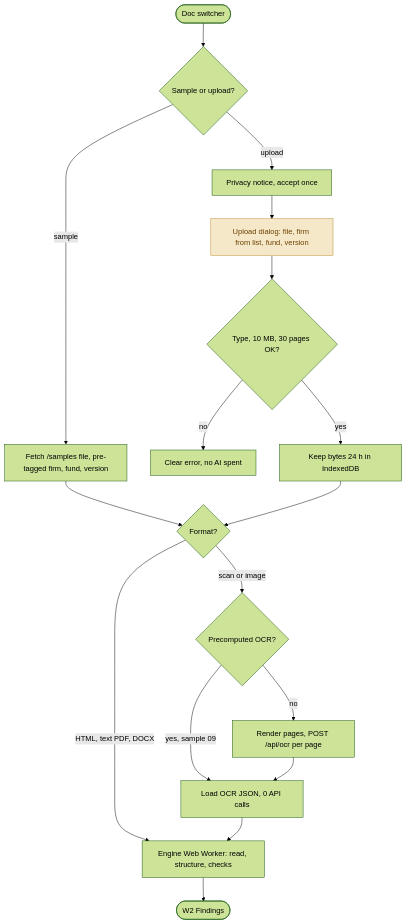
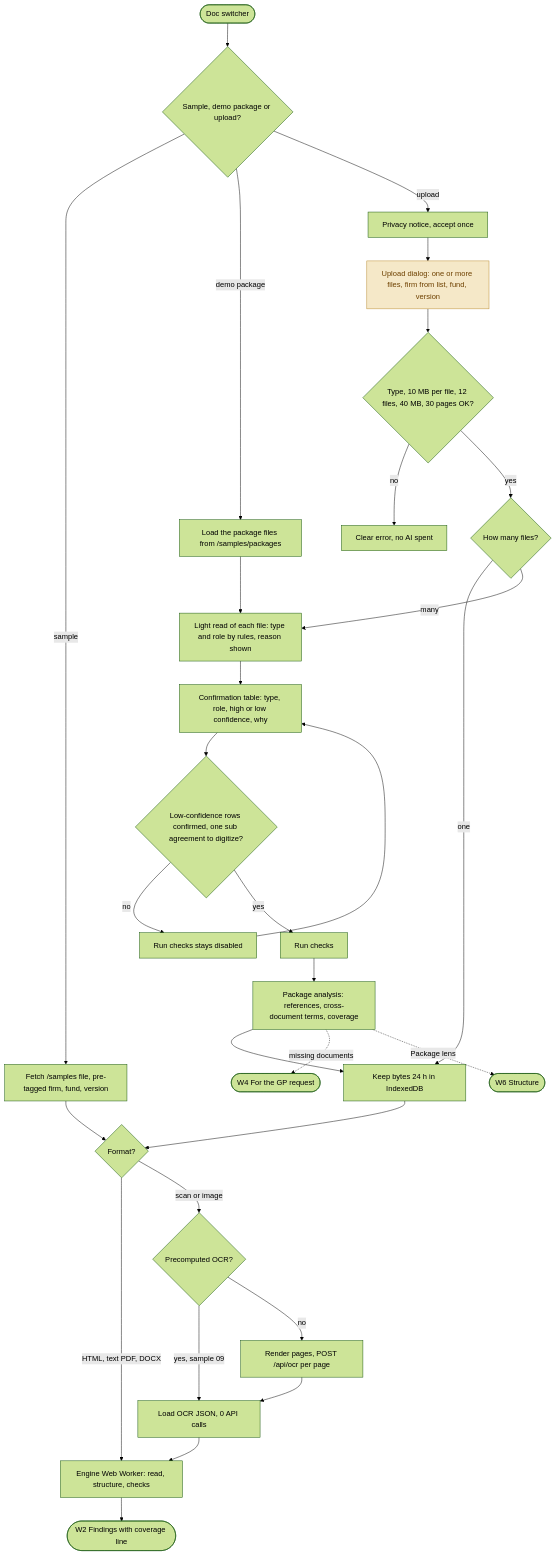
The second of 9 diagrams in docs/architecture/workflows.md (itsjiathao0912/preflight-legal-reviewer-anduin-transaction), drawn with Mermaid (forest theme) before and after one commit. The commit also changed other lines of this file and 12 other files, not shown here.

Commit message:
docs: Fund Package Intake live (3d2c7301) — README, architecture, walkthrough, samples

````diff
--- a/docs/architecture/workflows.md
+++ b/docs/architecture/workflows.md
@@ -72,21 +73,34 @@
 ```mermaid
 flowchart TD
-  S(["Doc switcher"]) --> Q{"Sample or upload?"}
+  S(["Doc switcher"]) --> Q{"Sample, demo package or upload?"}
   Q -- "sample" --> SM["Fetch /samples file, pre-tagged firm, fund, version"]
+  Q -- "demo package" --> DP["Load the package files from /samples/packages"]
   Q -- "upload" --> PV["Privacy notice, accept once"]
-  PV --> UP["Upload dialog: file, firm from list, fund, version"]
-  UP --> VL{"Type, 10 MB, 30 pages OK?"}
+  PV --> UP["Upload dialog: one or more files, firm from list, fund, version"]
+  UP --> VL{"Type, 10 MB per file, 12 files, 40 MB, 30 pages OK?"}
   VL -- "no" --> ER["Clear error, no AI spent"]
-  VL -- "yes" --> DX["Keep bytes 24 h in IndexedDB"]
+  VL -- "yes" --> N{"How many files?"}
+  N -- "one" --> DX["Keep bytes 24 h in IndexedDB"]
+  N -- "many" --> LR["Light read of each file: type and role by rules, reason shown"]
+  DP --> LR
+  LR --> CT["Confirmation table: type, role, high or low confidence, why"]
+  CT --> CF{"Low-confidence rows confirmed, one sub agreement to digitize?"}
+  CF -- "no" --> HOLD["Run checks stays disabled"]
+  HOLD --> CT
+  CF -- "yes" --> RUN["Run checks"]
+  RUN --> PA["Package analysis: references, cross-document terms, coverage"]
+  PA --> DX
   SM --> FT{"Format?"}
   DX --> FT
   FT -- "HTML, text PDF, DOCX" --> EN["Engine Web Worker: read, structure, checks"]
   FT -- "scan or image" --> PC{"Precomputed OCR?"}
   PC -- "yes, sample 09" --> OJ["Load OCR JSON, 0 API calls"]
   PC -- "no" --> RP["Render pages, POST /api/ocr per page"]
   RP --> OJ
   OJ --> EN
-  EN --> F(["W2 Findings"])
+  EN --> F(["W2 Findings with coverage line"])
+  PA -. "missing documents" .-> GP(["W4 For the GP request"])
+  PA -. "Package lens" .-> W6(["W6 Structure"])
   classDef d fill:#F5E8C8,stroke:#B98A2E,color:#6E4100
   class UP d
 ```
````
